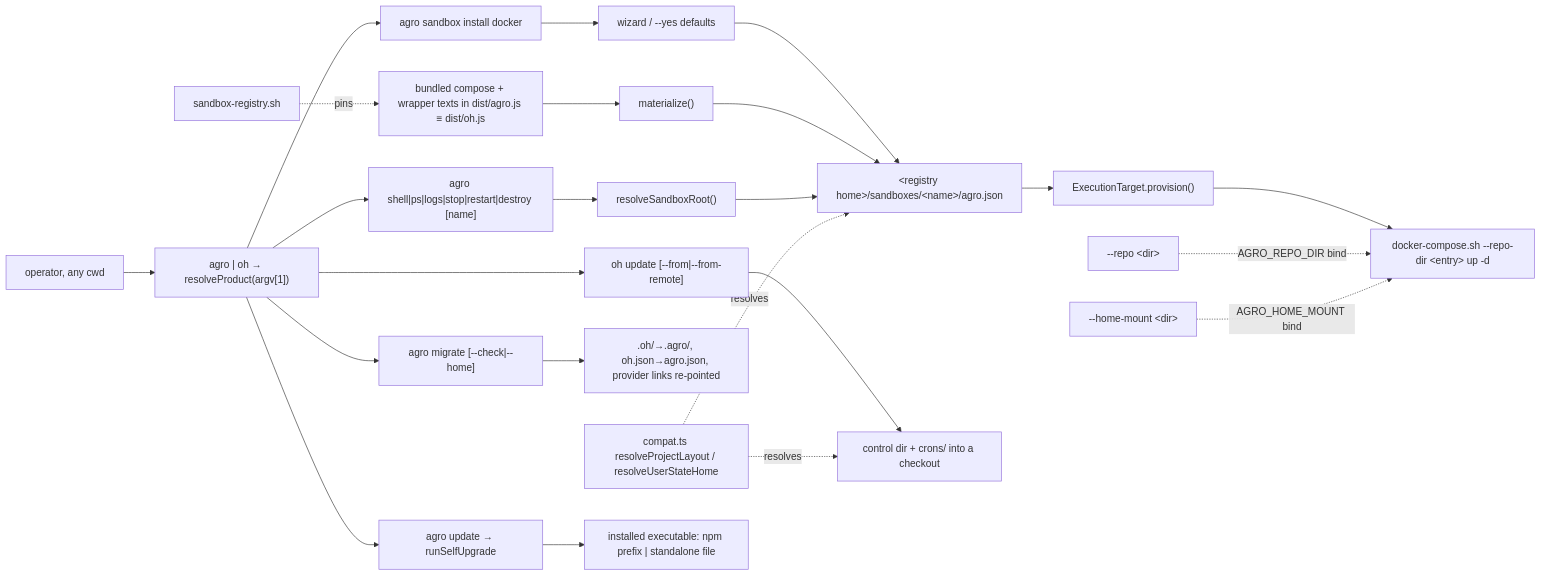
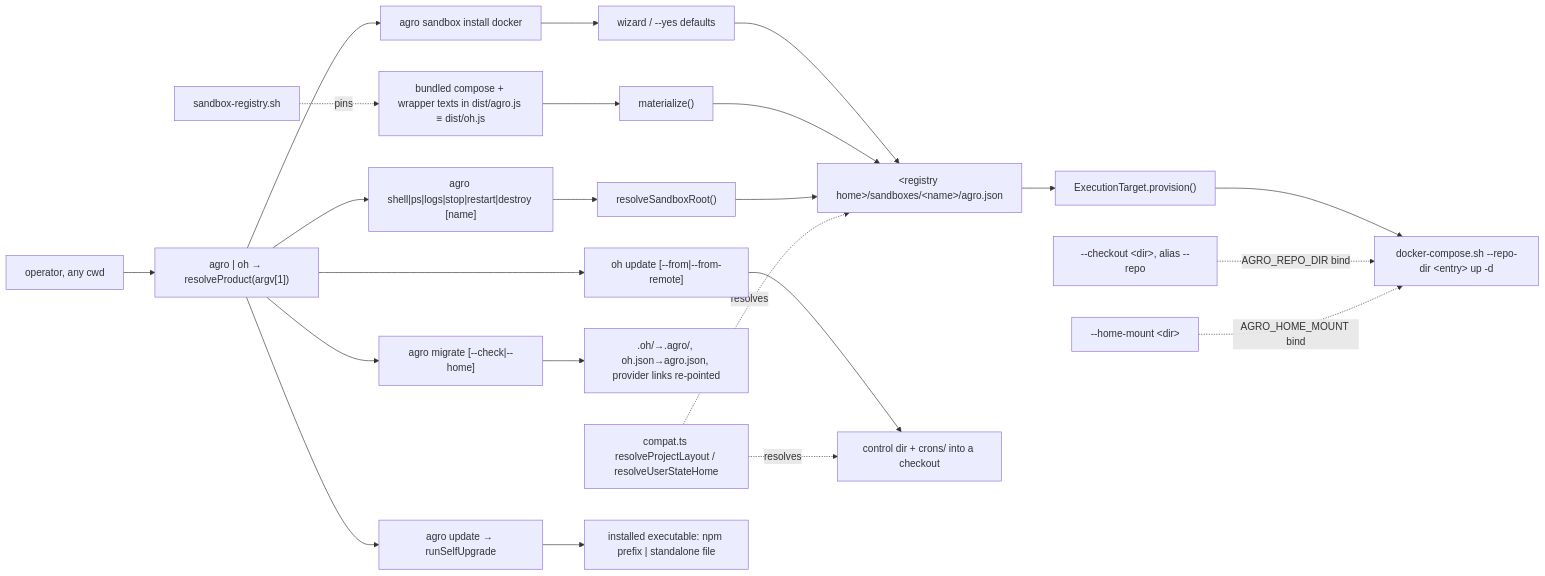
One commit to mifunedev/agro changed the diagram in .agro/knowledge/source/oh-cli-portable-lifecycle.md. Above: the diagram before and after it, drawn with Mermaid. The commit also changed other lines of this file and 4 other files, not shown here.

````diff
--- a/.agro/knowledge/source/oh-cli-portable-lifecycle.md
+++ b/.agro/knowledge/source/oh-cli-portable-lifecycle.md
@@ -105,17 +107,17 @@
 ```mermaid
 flowchart LR
   OP[operator, any cwd] --> RP["agro | oh → resolveProduct(argv[1])"]
   RP --> SI["agro sandbox install docker"]
   SI --> WZ[wizard / --yes defaults] --> ENTRY["&lt;registry home&gt;/sandboxes/&lt;name&gt;/agro.json"]
   BUNDLE[bundled compose + wrapper texts in dist/agro.js ≡ dist/oh.js] --> MAT["materialize()"] --> ENTRY
   ENTRY --> PV["ExecutionTarget.provision()"] --> DC["docker-compose.sh --repo-dir &lt;entry&gt; up -d"]
-  REPO["--repo &lt;dir&gt;"] -. AGRO_REPO_DIR bind .-> DC
+  REPO["--checkout &lt;dir&gt;, alias --repo"] -. AGRO_REPO_DIR bind .-> DC
   HOME["--home-mount &lt;dir&gt;"] -. AGRO_HOME_MOUNT bind .-> DC
   RP --> SH["agro shell|ps|logs|stop|restart|destroy [name]"] --> RS["resolveSandboxRoot()"] --> ENTRY
   RP --> UP["oh update [--from|--from-remote]"] --> PAYLOAD["control dir + crons/ into a checkout"]
   RP --> MG["agro migrate [--check|--home]"] --> MOVED[".oh/→.agro/, oh.json→agro.json, provider links re-pointed"]
   CMP["compat.ts resolveProjectLayout / resolveUserStateHome"] -.resolves.-> ENTRY
   CMP -.resolves.-> PAYLOAD
   RP --> SU["agro update → runSelfUpgrade"] --> EXE["installed executable: npm prefix | standalone file"]
   PROBE[sandbox-registry.sh] -.pins.-> BUNDLE
 ```
````
